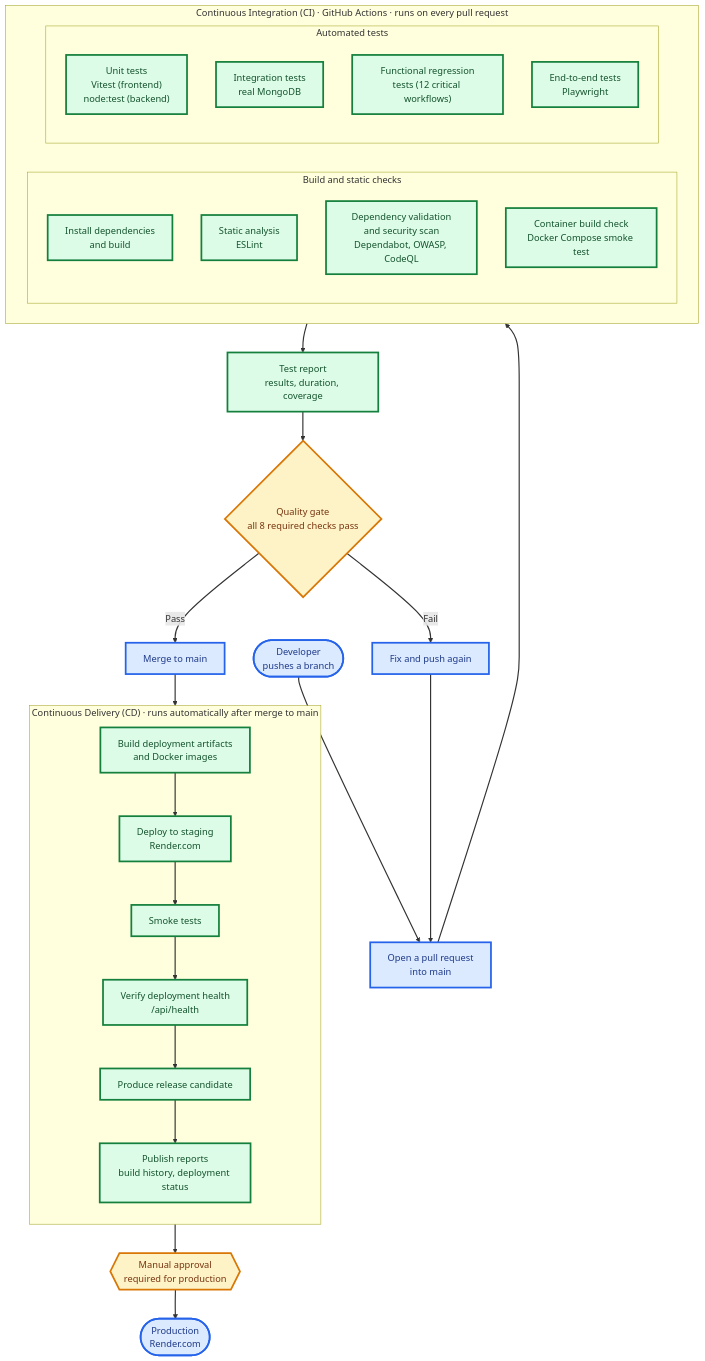
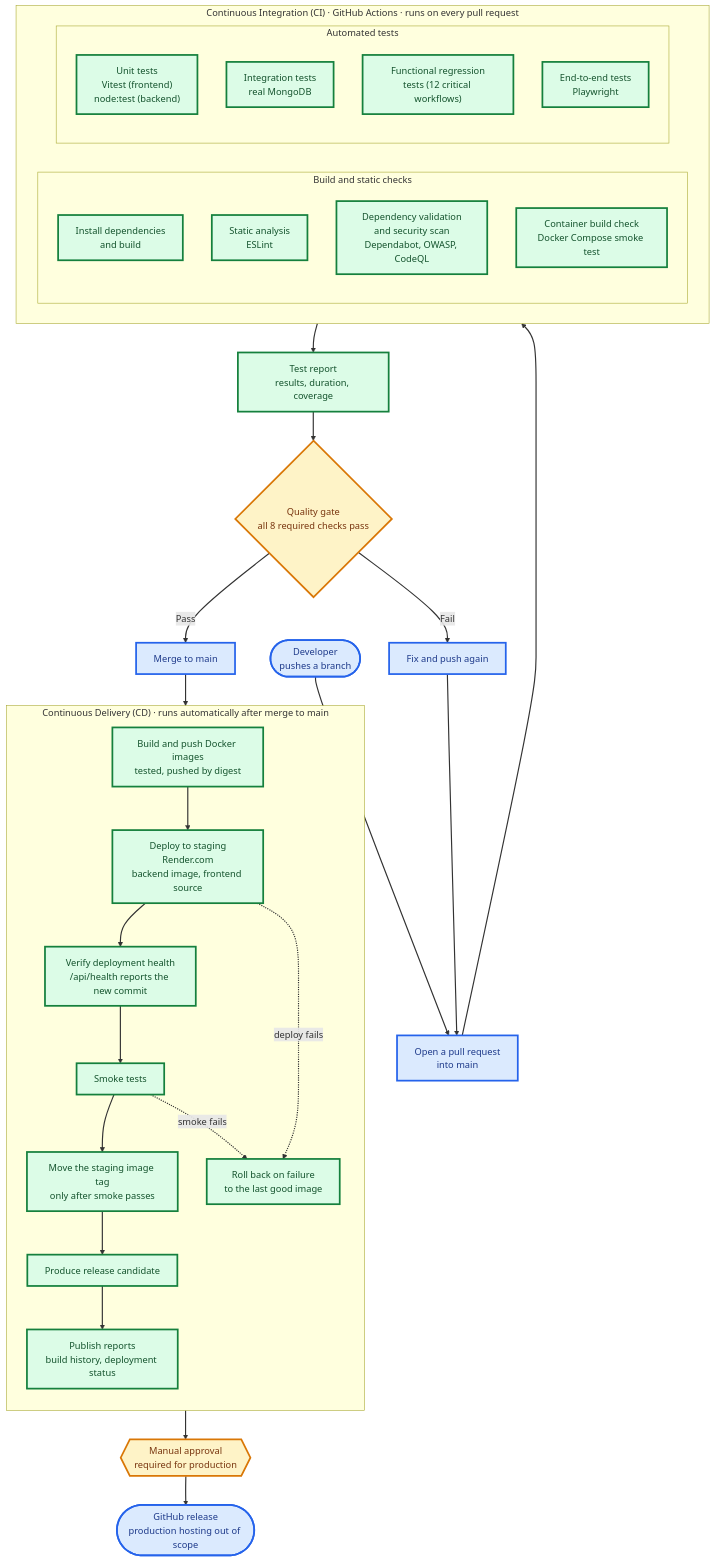
The first of 4 diagrams in README.md (IT7993-FALL-2026-PEERS/ProjectPeerEvaluation), drawn with Mermaid before and after one commit.

Commit message:
Update the README's CD diagram to what CD does now
The delivery box now shows the Docker images pushed by digest, the backend
deployed as that image (frontend from source), the health check right after
the deploy and before the smoke tests, the staging image tag moved after
smoke passes, and the automatic rollback on a failed deploy or smoke run.
The last box says what the manual approval really does: it publishes a
GitHub release, because production hosting is out of scope.

Docs only.

````diff
--- a/README.md
+++ b/README.md
@@ -64,55 +64,59 @@
 ```mermaid
 flowchart TB
     DEV(["Developer<br/>pushes a branch"]) --> PR["Open a pull request<br/>into main"]
 
     subgraph CI["Continuous Integration (CI) · GitHub Actions · runs on every pull request"]
         direction LR
         subgraph STATIC["Build and static checks"]
             direction TB
             BUILD_APP["Install dependencies<br/>and build"]
             LINT["Static analysis<br/>ESLint"]
             SEC["Dependency validation<br/>and security scan<br/>Dependabot, OWASP, CodeQL"]
             DOCKER["Container build check<br/>Docker Compose smoke test"]
         end
         subgraph TESTS["Automated tests"]
             direction TB
             UNIT["Unit tests<br/>Vitest (frontend)<br/>node:test (backend)"]
             INTEG["Integration tests<br/>real MongoDB"]
             REG["Functional regression<br/>tests (12 critical workflows)"]
             E2E["End-to-end tests<br/>Playwright"]
         end
     end
 
     PR --> CI
     CI --> REPORT["Test report<br/>results, duration, coverage"]
     REPORT --> GATE{"Quality gate<br/>all 8 required checks pass"}
     GATE -- "Fail" --> FIX["Fix and push again"]
     FIX --> PR
     GATE -- "Pass" --> MERGE["Merge to main"]
 
     subgraph CD["Continuous Delivery (CD) · runs automatically after merge to main"]
         direction TB
-        ARTIFACTS["Build deployment artifacts<br/>and Docker images"]
-        STG["Deploy to staging<br/>Render.com"]
+        ARTIFACTS["Build and push Docker images<br/>tested, pushed by digest"]
+        STG["Deploy to staging<br/>Render.com<br/>backend image, frontend source"]
+        HEALTH["Verify deployment health<br/>/api/health reports the new commit"]
         SMOKE["Smoke tests"]
-        HEALTH["Verify deployment health<br/>/api/health"]
+        TAG["Move the staging image tag<br/>only after smoke passes"]
         RC["Produce release candidate"]
         DREPORT["Publish reports<br/>build history, deployment status"]
-        ARTIFACTS --> STG --> SMOKE --> HEALTH --> RC --> DREPORT
+        ROLLBACK["Roll back on failure<br/>to the last good image"]
+        ARTIFACTS --> STG --> HEALTH --> SMOKE --> TAG --> RC --> DREPORT
+        STG -. "deploy fails" .-> ROLLBACK
+        SMOKE -. "smoke fails" .-> ROLLBACK
     end
 
     MERGE --> ARTIFACTS
     DREPORT --> APPROVE{{"Manual approval<br/>required for production"}}
-    APPROVE --> PROD(["Production<br/>Render.com"])
+    APPROVE --> PROD(["GitHub release<br/>production hosting out of scope"])
 
     classDef done fill:#dcfce7,stroke:#15803d,color:#14532d,stroke-width:3px
     classDef partial fill:#ecfccb,stroke:#4d7c0f,color:#365314,stroke-width:3px,stroke-dasharray: 9 6
     classDef planned fill:#f1f5f9,stroke:#475569,color:#334155,stroke-width:3px,stroke-dasharray: 9 6
     classDef gate fill:#fef3c7,stroke:#d97706,color:#78350f,stroke-width:3px
     classDef endpoint fill:#dbeafe,stroke:#2563eb,color:#1e3a8a,stroke-width:3px
     linkStyle default stroke-width:2px
 
-    class BUILD_APP,LINT,SEC,DOCKER,UNIT,INTEG,REG,E2E,REPORT,ARTIFACTS,STG,SMOKE,HEALTH,RC,DREPORT done
+    class BUILD_APP,LINT,SEC,DOCKER,UNIT,INTEG,REG,E2E,REPORT,ARTIFACTS,STG,SMOKE,HEALTH,TAG,RC,DREPORT,ROLLBACK done
     class GATE,APPROVE gate
     class DEV,PROD,PR,MERGE,FIX endpoint
 ```
````
